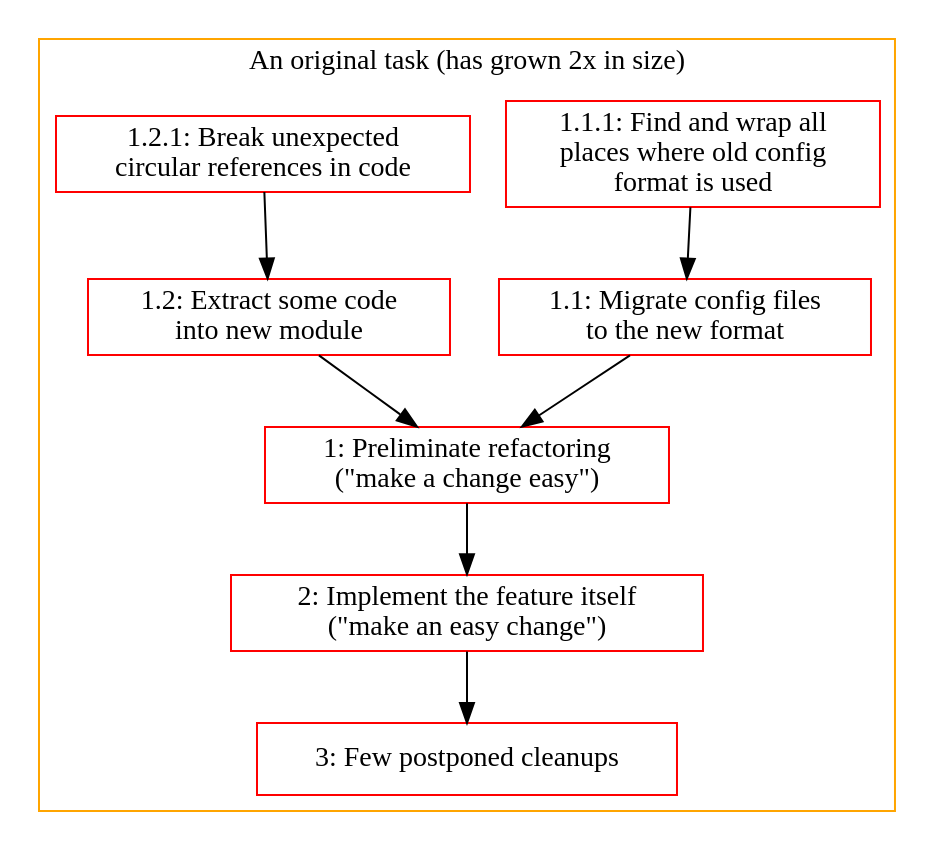
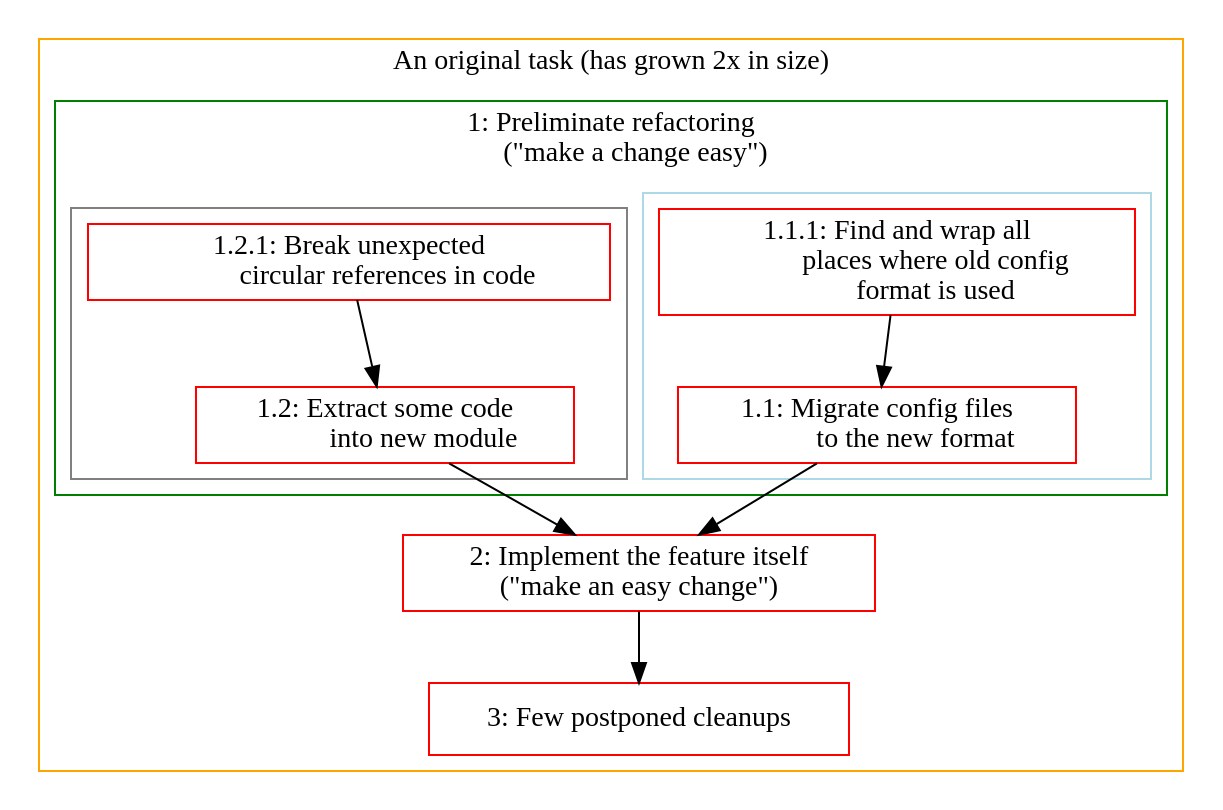
The diagram in src/fractals-vs-lists/3.dot (ahitrin/ahitrin.github.com), drawn with Graphviz before and after one commit. The commit also changed 6 other files, not shown here.

```diff
--- a/src/fractals-vs-lists/3.dot
+++ b/src/fractals-vs-lists/3.dot
@@ -1,28 +1,40 @@
 digraph g {
 node [shape=box, color=red];
 edge [color=black];
 subgraph cluster_0 {
     color=orange;
     label = "An original task (has grown 2x in size)";
-2 [label="1: Preliminate refactoring
-(&quot;make a change easy&quot;)"];
+    subgraph cluster_1 {
+        color = green;
+        label="1: Preliminate refactoring
+        (&quot;make a change easy&quot;)";
+
+        subgraph cluster_2 {
+            label = "";
+            color = lightblue;
+            6 [label="1.1: Migrate config files
+            to the new format"];
+            7 [label="1.1.1: Find and wrap all
+            places where old config
+            format is used"];
+            7 -> 6;
+        }
+
+        subgraph cluster_3 {
+            color = grey;
+            label = "";
+            5 [label="1.2: Extract some code
+            into new module"];
+            8 [label="1.2.1: Break unexpected
+            circular references in code"];
+            8 -> 5;
+        }
+    }
 3 [label="2: Implement the feature itself
 (&quot;make an easy change&quot;)"];
 4 [label="3: Few postponed cleanups"];
-5 [label="1.2: Extract some code
-into new module"];
-6 [label="1.1: Migrate config files
-to the new format"];
-7 [label="1.1.1: Find and wrap all
-places where old config
-format is used"];
-8 [label="1.2.1: Break unexpected
-circular references in code"];
-2 -> 3;
 3 -> 4;
-5 -> 2;
-6 -> 2;
-8 -> 5;
-7 -> 6;
+5 -> 3;
+6 -> 3;
 }
 }
```
